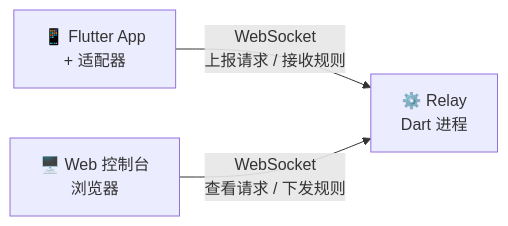
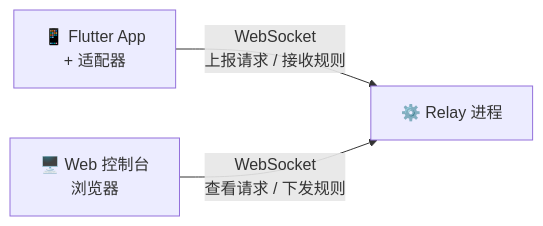
Before and after one commit to Dabbit-Chan/local_mock: the diagram in README.md, drawn with Mermaid. The commit also changed 7 other files, not shown here.

````diff
--- a/README.md
+++ b/README.md
@@ -68,5 +68,5 @@
 ```mermaid
 flowchart LR
-    A["📱 Flutter App<br/>+ 适配器"] -- "WebSocket<br/>上报请求 / 接收规则" --> R["⚙️ Relay<br/>Dart 进程"]
+    A["📱 Flutter App<br/>+ 适配器"] -- "WebSocket<br/>上报请求 / 接收规则" --> R["⚙️ Relay 进程"]
     C["🖥️ Web 控制台<br/>浏览器"] -- "WebSocket<br/>查看请求 / 下发规则" --> R
 ```
````
